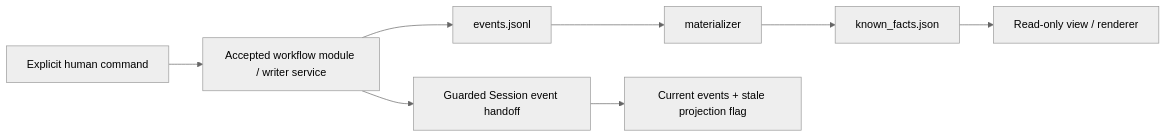
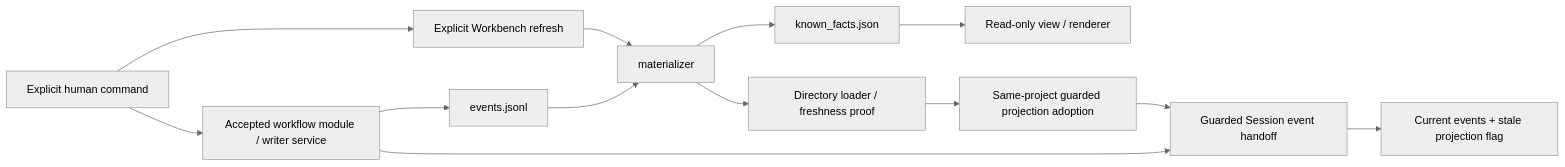
One commit to Fuuduuu/TraceBench changed the first of 2 diagrams in docs/ARCHITECTURE_BOUNDARIES.md. Above: the diagram before and after it, drawn with Mermaid (neutral theme). The commit also changed other lines of this file and 14 other files, not shown here.

````diff
--- a/docs/ARCHITECTURE_BOUNDARIES.md
+++ b/docs/ARCHITECTURE_BOUNDARIES.md
@@ -8,10 +8,15 @@
 ```mermaid
 flowchart LR
   H["Explicit human command"] --> W["Accepted workflow module / writer service"]
   W --> E[events.jsonl]
   E --> M[materializer]
   M --> K[known_facts.json]
   K --> V["Read-only view / renderer"]
   W --> S["Guarded Session event handoff"]
   S --> ST["Current events + stale projection flag"]
+  H --> R["Explicit Workbench refresh"]
+  R --> M
+  M --> L["Directory loader / freshness proof"]
+  L --> A["Same-project guarded projection adoption"]
+  A --> S
 ```
````
